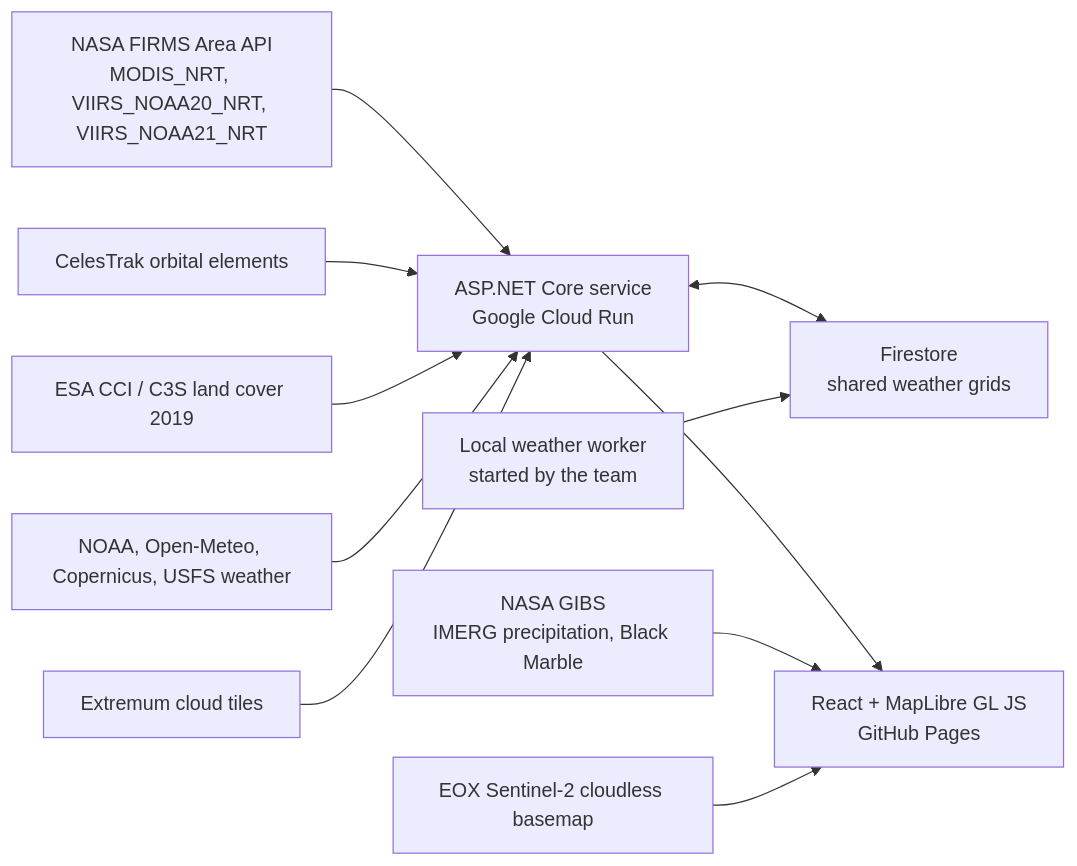
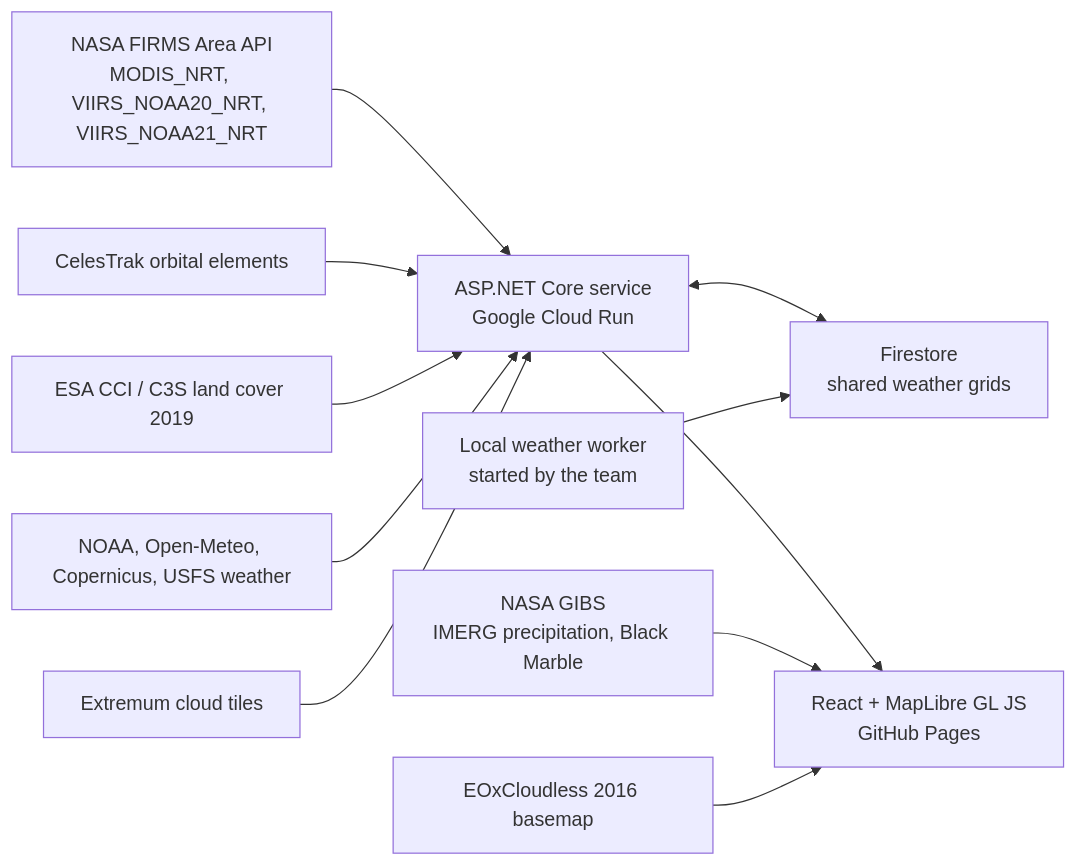
One commit to avbelkin/nasa-space-apps-sg changed the diagram in submission/deliverables/technical-note.md. Above: the diagram before and after it, drawn with Mermaid. The commit also changed other lines of this file and 1 other file, not shown here.

````diff
--- a/submission/deliverables/technical-note.md
+++ b/submission/deliverables/technical-note.md
@@ -48,13 +48,13 @@
 ```mermaid
 flowchart LR
   FIRMS[NASA FIRMS Area API<br/>MODIS_NRT, VIIRS_NOAA20_NRT, VIIRS_NOAA21_NRT] --> API
   TLE[CelesTrak orbital elements] --> API
   LC[ESA CCI / C3S land cover 2019] --> API
   WX[NOAA, Open-Meteo, Copernicus, USFS weather] --> API
   EXT[Extremum cloud tiles] --> API
   API <--> FS[Firestore<br/>shared weather grids]
   WORKER[Local weather worker<br/>started by the team] --> FS
   API[ASP.NET Core service<br/>Google Cloud Run] --> UI[React + MapLibre GL JS<br/>GitHub Pages]
   GIBS[NASA GIBS<br/>IMERG precipitation, Black Marble] --> UI
-  EOX[EOX Sentinel-2 cloudless basemap] --> UI
+  EOX[EOxCloudless 2016 basemap] --> UI
 ```
````
